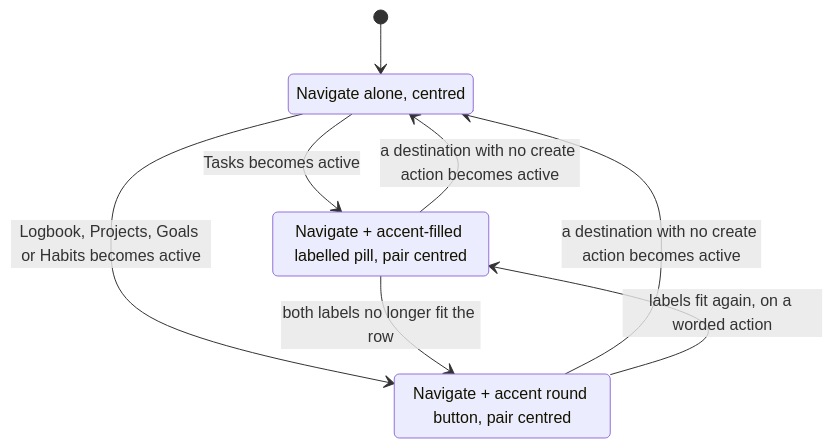
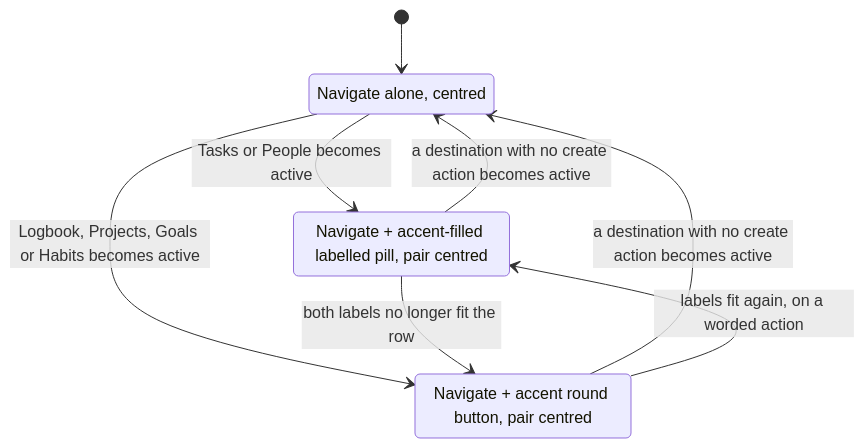
The fifth of 5 diagrams in knowledge/architecture/navigation.md (matthiasn/lotti), drawn with Mermaid before and after one commit. The commit also changed other lines of this file and 8 other files, not shown here.

````diff
--- a/knowledge/architecture/navigation.md
+++ b/knowledge/architecture/navigation.md
@@ -684,13 +685,13 @@
 ```mermaid
 stateDiagram-v2
   [*] --> Centred
-  Centred --> Worded: Tasks becomes active
+  Centred --> Worded: Tasks or People becomes active
   Centred --> Glyph: Logbook, Projects, Goals or Habits becomes active
   Worded --> Centred: a destination with no create action becomes active
   Glyph --> Centred: a destination with no create action becomes active
   Worded --> Glyph: both labels no longer fit the row
   Glyph --> Worded: labels fit again, on a worded action
   Centred: Navigate alone, centred
   Worded: Navigate + accent-filled labelled pill, pair centred
   Glyph: Navigate + accent round button, pair centred
 ```
````
